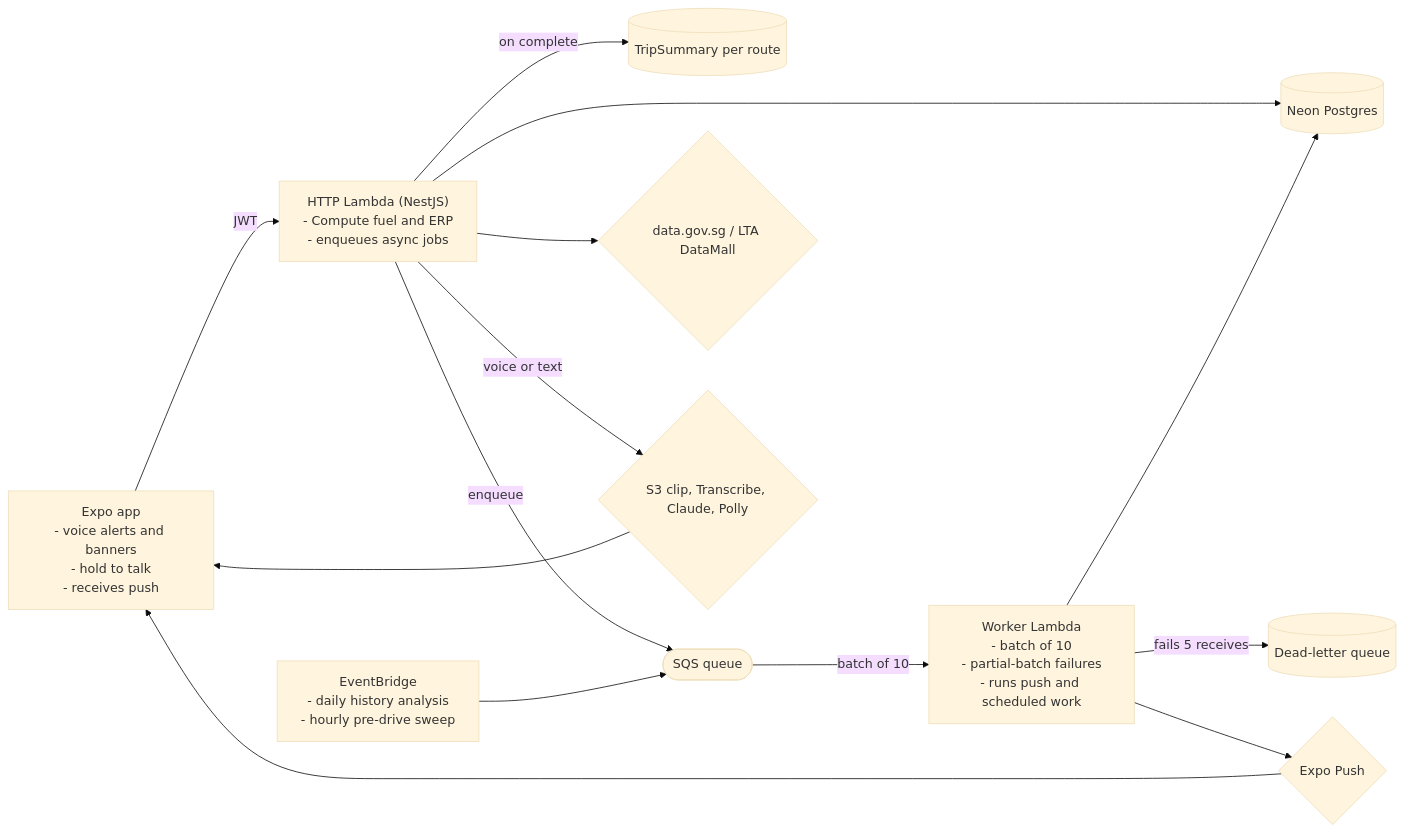
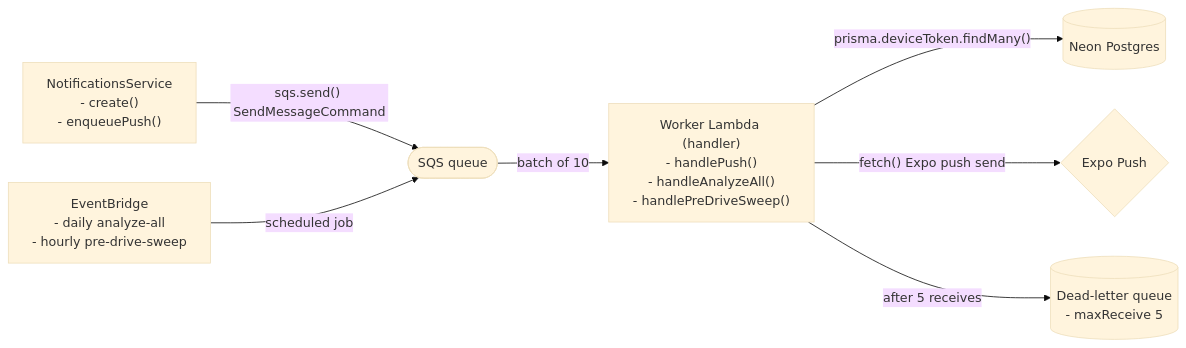
Before and after one commit to elleskay/drivebuddy: the fifth of 6 diagrams in README.md, drawn with Mermaid (base theme). The commit also changed other lines of this file and 94 other files, not shown here.

````diff
--- a/README.md
+++ b/README.md
@@ -234,27 +207,9 @@
 ```mermaid
 flowchart LR
-  App["Expo app<br/>- voice alerts and banners<br/>- hold to talk<br/>- receives push"]
-  API["HTTP Lambda (NestJS)<br/>- Compute fuel and ERP<br/>- enqueues async jobs"]
-  Worker["Worker Lambda<br/>- batch of 10<br/>- partial-batch failures<br/>- runs push and scheduled work"]
-  Neon[("Neon Postgres")]
-  Summary[("TripSummary per route")]
-  DLQ[("Dead-letter queue")]
-  SQS(["SQS queue"])
-  EB["EventBridge<br/>- daily history analysis<br/>- hourly pre-drive sweep"]
-  LTA{"data.gov.sg / LTA DataMall"}
-  AI{"S3 clip, Transcribe, Claude, Polly"}
-  Push{"Expo Push"}
-  App -->|JWT| API
-  API --> Neon
-  API --> LTA
-  API -->|"on complete"| Summary
-  API -->|"voice or text"| AI
-  AI --> App
-  API -->|enqueue| SQS
-  EB --> SQS
-  SQS -->|"batch of 10"| Worker
-  Worker -->|"fails 5 receives"| DLQ
-  Worker --> Neon
-  Worker --> Push
-  Push --> App
+  Notif["NotificationsService<br/>- create()<br/>- enqueuePush()"] -->|"sqs.send() SendMessageCommand"| SQS(["SQS queue"])
+  EB["EventBridge<br/>- daily analyze-all<br/>- hourly pre-drive-sweep"] -->|"scheduled job"| SQS
+  SQS -->|"batch of 10"| Worker["Worker Lambda (handler)<br/>- handlePush()<br/>- handleAnalyzeAll()<br/>- handlePreDriveSweep()"]
+  Worker -->|"prisma.deviceToken.findMany()"| Neon[("Neon Postgres")]
+  Worker -->|"fetch() Expo push send"| Push{"Expo Push"}
+  Worker -->|"after 5 receives"| DLQ[("Dead-letter queue<br/>- maxReceive 5")]
 ```
````
